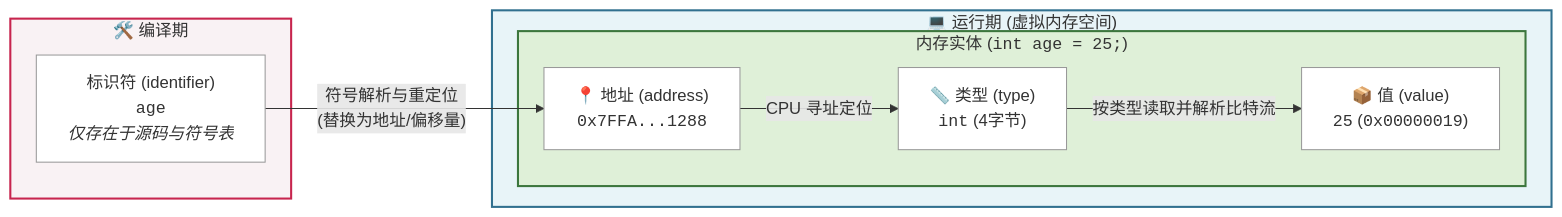
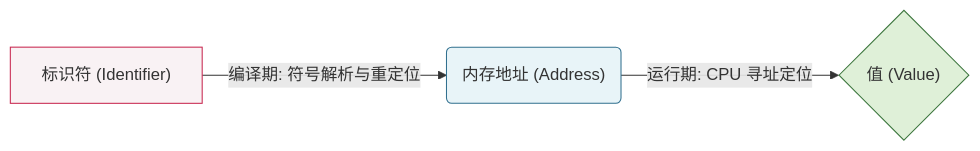
Before and after one commit to dmjcb/dmjcb.github.io: the second of 13 diagrams in _posts/c_c++/pointer/2022-01-08-pointer.md, drawn with Mermaid. The commit also changed other lines of this file and 26 other files, not shown here.

````diff
--- a/_posts/c_c++/pointer/2022-01-08-pointer.md
+++ b/_posts/c_c++/pointer/2022-01-08-pointer.md
@@ -43,28 +41,9 @@
 ```mermaid
-graph LR;
-    classDef compile fill:#f9f2f4,stroke:#c7254e,stroke-width:2px,color:#333;
-    classDef runtime fill:#e8f4f8,stroke:#31708f,stroke-width:2px,color:#333;
-    classDef memory fill:#dff0d8,stroke:#3c763d,stroke-width:2px,color:#333;
-    classDef nodeStyle fill:#ffffff,stroke:#999,stroke-width:1px;
-
-    subgraph CompileTime ["🛠️ 编译期"]
-        Name["标识符 (identifier)<br/><code>age</code><br/><i>仅存在于源码与符号表</i>"]
-    end
-
-    subgraph RunTime ["💻 运行期 (虚拟内存空间)"]
-        subgraph MemoryBlock ["内存实体 (<code>int age = 25;</code>)"]
-            Addr["📍 地址 (address)<br/><code>0x7FFA...1288</code>"]
-            Type["📏 类型 (type)<br/><code>int</code> (4字节)"]
-            Val["📦 值 (value)<br/><code>25</code> (<code>0x00000019</code>)"]
-        end
-    end
-
-    Name -- "符号解析与重定位<br/>(替换为地址/偏移量)" --> Addr
-    Addr -- "CPU 寻址定位" --> Type
-    Type -- "按类型读取并解析比特流" --> Val
-
-    class CompileTime compile;
-    class RunTime runtime;
-    class MemoryBlock memory;
-    class Name,Addr,Type,Val nodeStyle;
+graph LR
+    A["标识符 (Identifier)"] -->|编译期: 符号解析与重定位| B("内存地址 (Address)")
+    B -->|运行期: CPU 寻址定位| C{"值 (Value)"}
+    
+    style A fill:#f9f2f4,stroke:#c7254e,stroke-width:1px
+    style B fill:#e8f4f8,stroke:#31708f,stroke-width:1px
+    style C fill:#dff0d8,stroke:#3c763d,stroke-width:1px
 ```
````
